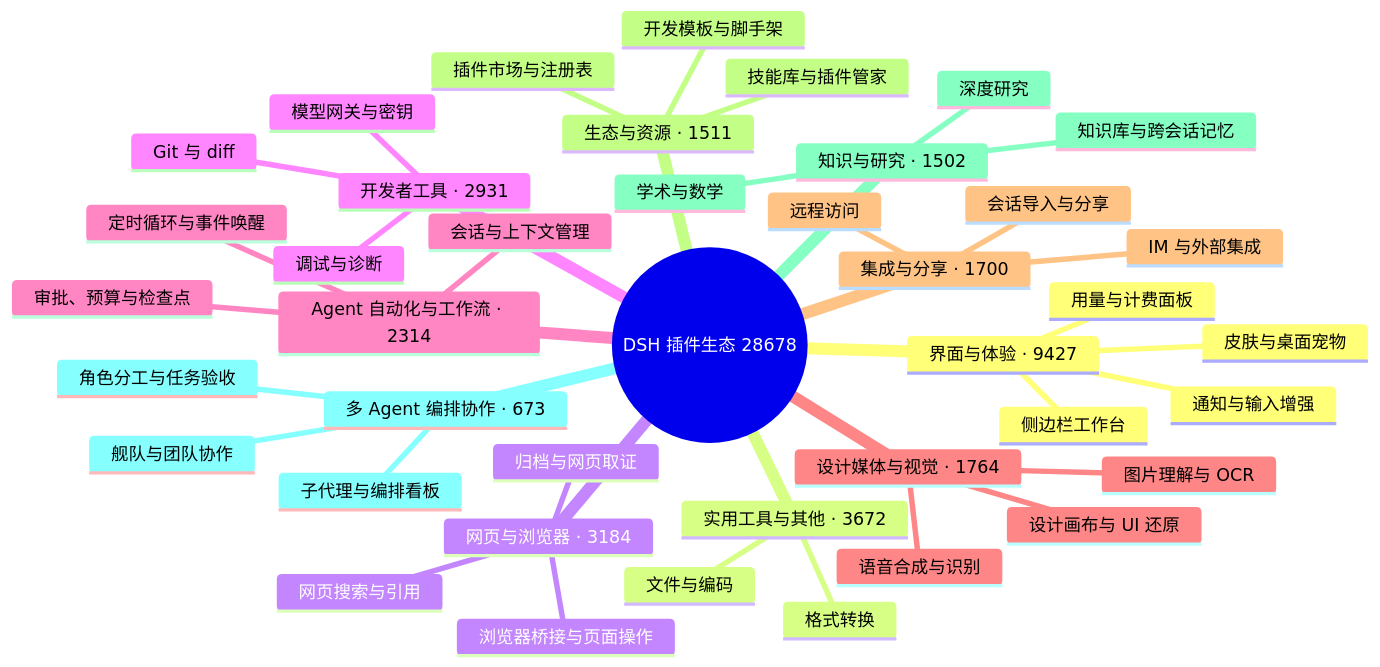
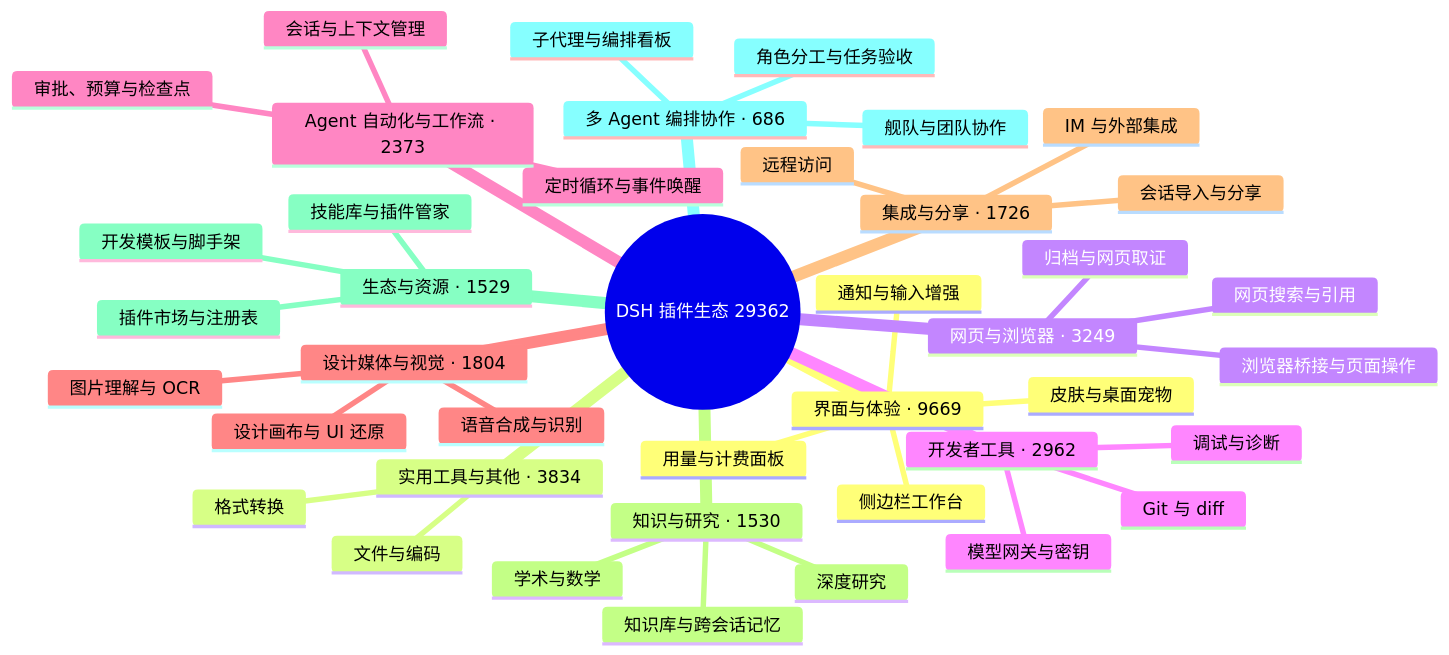
One commit to bruc3van/awesome-dsh-plugin changed the diagram in README.md. Above: the diagram before and after it, drawn with Mermaid. The commit also changed other lines of this file and 27 other files, not shown here.

````diff
--- a/README.md
+++ b/README.md
@@ -40,44 +40,44 @@
 ```mermaid
 mindmap
-  root((DSH 插件生态 28678))
-    界面与体验 · 9427
+  root((DSH 插件生态 29362))
+    界面与体验 · 9669
       用量与计费面板
       侧边栏工作台
       皮肤与桌面宠物
       通知与输入增强
-    实用工具与其他 · 3672
+    实用工具与其他 · 3834
       文件与编码
       格式转换
-    网页与浏览器 · 3184
+    网页与浏览器 · 3249
       浏览器桥接与页面操作
       网页搜索与引用
       归档与网页取证
-    开发者工具 · 2931
+    开发者工具 · 2962
       Git 与 diff
       模型网关与密钥
       调试与诊断
-    Agent 自动化与工作流 · 2314
+    Agent 自动化与工作流 · 2373
       会话与上下文管理
       定时循环与事件唤醒
       审批、预算与检查点
-    设计媒体与视觉 · 1764
+    设计媒体与视觉 · 1804
       图片理解与 OCR
       设计画布与 UI 还原
       语音合成与识别
-    集成与分享 · 1700
+    集成与分享 · 1726
       会话导入与分享
       远程访问
       IM 与外部集成
-    生态与资源 · 1511
+    知识与研究 · 1530
+      知识库与跨会话记忆
+      深度研究
+      学术与数学
+    生态与资源 · 1529
       插件市场与注册表
       技能库与插件管家
       开发模板与脚手架
-    知识与研究 · 1502
-      知识库与跨会话记忆
-      深度研究
-      学术与数学
-    多 Agent 编排协作 · 673
+    多 Agent 编排协作 · 686
       子代理与编排看板
       舰队与团队协作
       角色分工与任务验收
 ```
````
